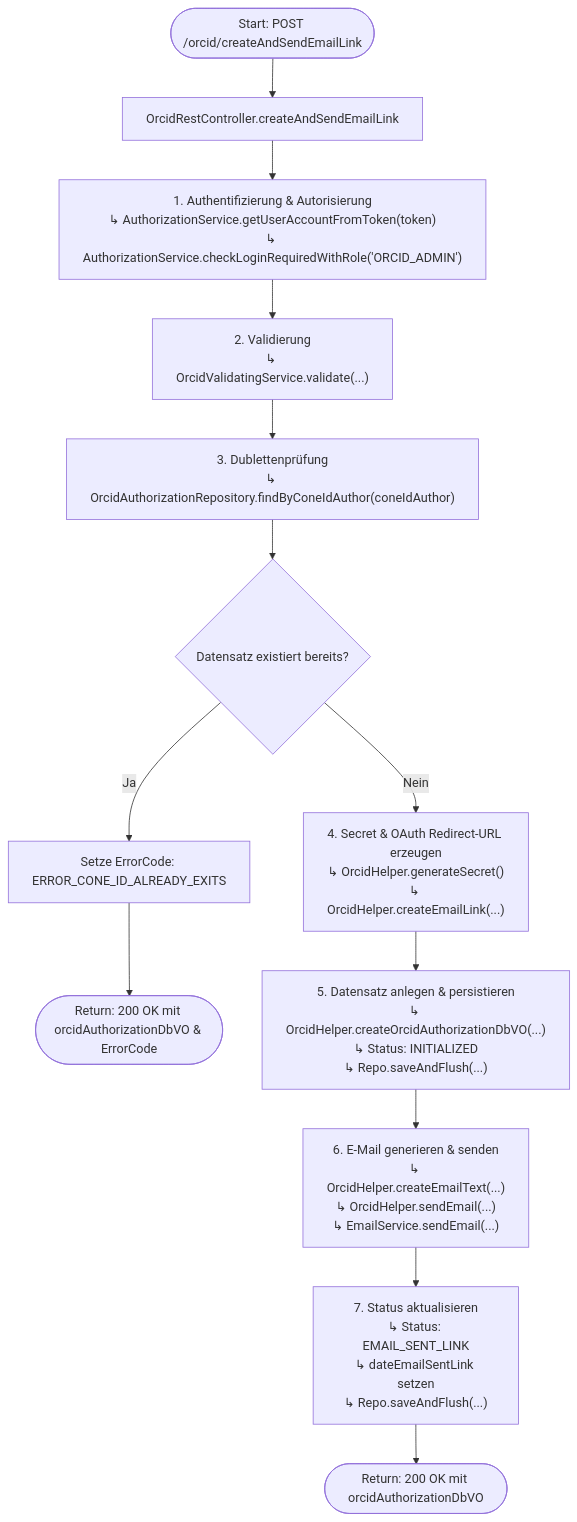
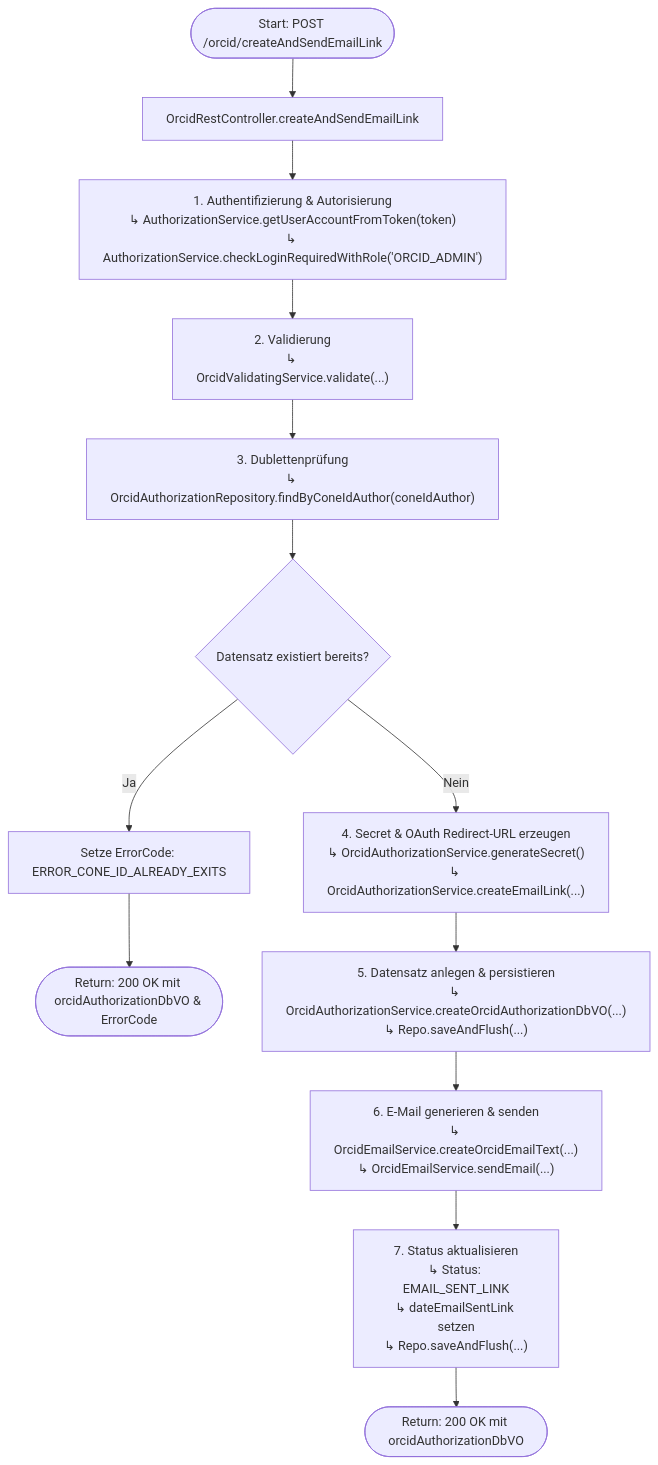
The second of 2 diagrams in pubman_rest/src/main/resources/orcid_create_and_send_email_link.md (MPDL/INGe), drawn with Mermaid before and after one commit. The commit also changed other lines of this file and 3 other files, not shown here.

````diff
--- a/pubman_rest/src/main/resources/orcid_create_and_send_email_link.md
+++ b/pubman_rest/src/main/resources/orcid_create_and_send_email_link.md
@@ -99,17 +98,17 @@
 ```mermaid
 flowchart TD
     A([Start: POST /orcid/createAndSendEmailLink]) --> B[OrcidRestController.createAndSendEmailLink]
     B --> C["1. Authentifizierung & Autorisierung<br/>↳ AuthorizationService.getUserAccountFromToken(token)<br/>↳ AuthorizationService.checkLoginRequiredWithRole('ORCID_ADMIN')"]
     C --> D["2. Validierung<br/>↳ OrcidValidatingService.validate(...)"]
     D --> E["3. Dublettenprüfung<br/>↳ OrcidAuthorizationRepository.findByConeIdAuthor(coneIdAuthor)"]
     
     E --> F{Datensatz existiert bereits?}
     F -- Ja --> G[Setze ErrorCode: ERROR_CONE_ID_ALREADY_EXITS]
     G --> RetConflict([Return: 200 OK mit orcidAuthorizationDbVO & ErrorCode])
 
-    F -- Nein --> H["4. Secret & OAuth Redirect-URL erzeugen<br/>↳ OrcidHelper.generateSecret()<br/>↳ OrcidHelper.createEmailLink(...)"]
-    H --> I["5. Datensatz anlegen & persistieren<br/>↳ OrcidHelper.createOrcidAuthorizationDbVO(...)<br/>↳ Status: INITIALIZED<br/>↳ Repo.saveAndFlush(...)"]
-    I --> J["6. E-Mail generieren & senden<br/>↳ OrcidHelper.createEmailText(...)<br/>↳ OrcidHelper.sendEmail(...)<br/>↳ EmailService.sendEmail(...)"]
+    F -- Nein --> H["4. Secret & OAuth Redirect-URL erzeugen<br/>↳ OrcidAuthorizationService.generateSecret()<br/>↳ OrcidAuthorizationService.createEmailLink(...)"]
+    H --> I["5. Datensatz anlegen & persistieren<br/>↳ OrcidAuthorizationService.createOrcidAuthorizationDbVO(...)<br/>↳ Repo.saveAndFlush(...)"]
+    I --> J["6. E-Mail generieren & senden<br/>↳ OrcidEmailService.createOrcidEmailText(...)<br/>↳ OrcidEmailService.sendEmail(...)"]
     J --> K["7. Status aktualisieren<br/>↳ Status: EMAIL_SENT_LINK<br/>↳ dateEmailSentLink setzen<br/>↳ Repo.saveAndFlush(...)"]
     K --> RetSuccess([Return: 200 OK mit orcidAuthorizationDbVO])
 ```
````
